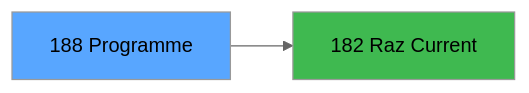
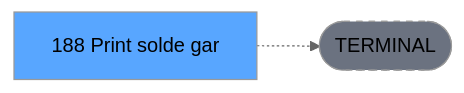
One commit to thonyAGP/lecteur-magic changed the third of 3 diagrams in .openspec/specs/ADH-IDE-188.md. Above: the diagram before and after it, drawn with Mermaid (neutral theme). The commit also changed other lines of this file and 701 other files, not shown here.

````diff
--- a/.openspec/specs/ADH-IDE-188.md
+++ b/.openspec/specs/ADH-IDE-188.md
@@ -144,8 +138,8 @@
 ```mermaid
 graph LR
-    T[188 Programme]
-    C182[182 Raz Current ]
-    T --> C182
+    T[188 Print solde gar]
+    TERM([TERMINAL])
+    T -.-> TERM
+    style TERM fill:#6b7280,stroke-dasharray: 5 5
     style T fill:#58a6ff,color:#000
-    style C182 fill:#3fb950
 ```
````
